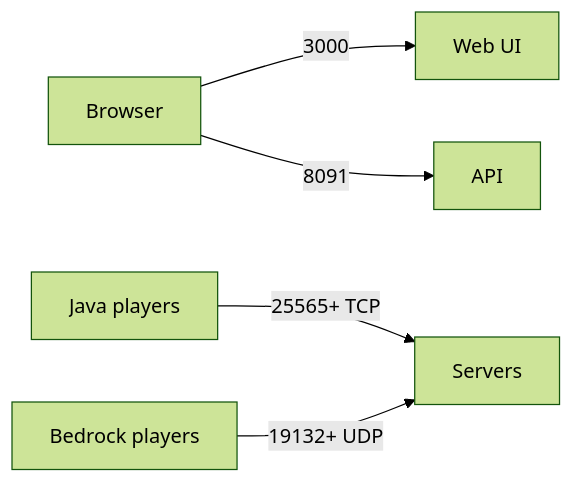
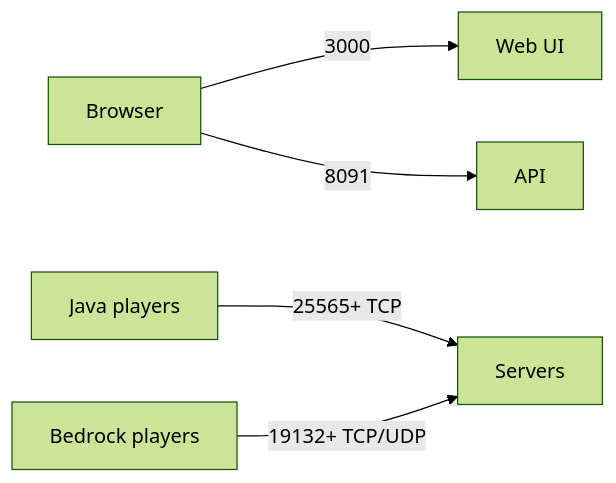
The diagram in doc/faq.md (Ketbome/minepanel), drawn with Mermaid (forest theme) before and after one commit. The commit also changed other lines of this file and 21 other files, not shown here.

````diff
--- a/doc/faq.md
+++ b/doc/faq.md
@@ -76,7 +76,7 @@
 ```mermaid
 flowchart LR
     B["Browser"] -->|"3000"| F["Web UI"]
     B -->|"8091"| A["API"]
     J["Java players"] -->|"25565+ TCP"| S["Servers"]
-    R["Bedrock players"] -->|"19132+ UDP"| S
+    R["Bedrock players"] -->|"19132+ TCP/UDP"| S
 ```
````
